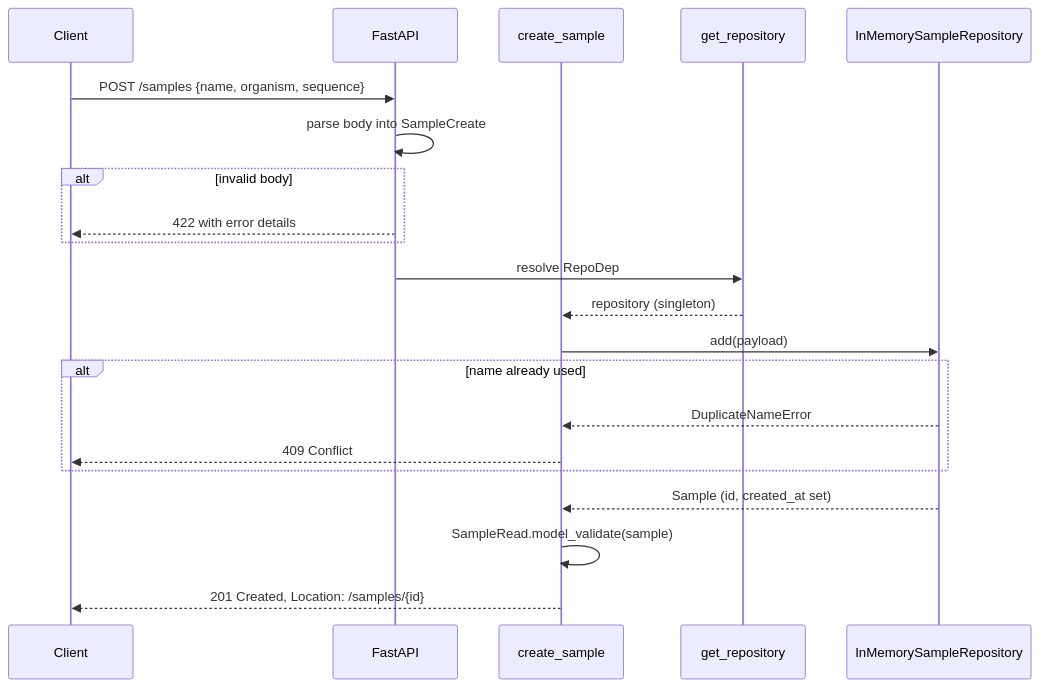
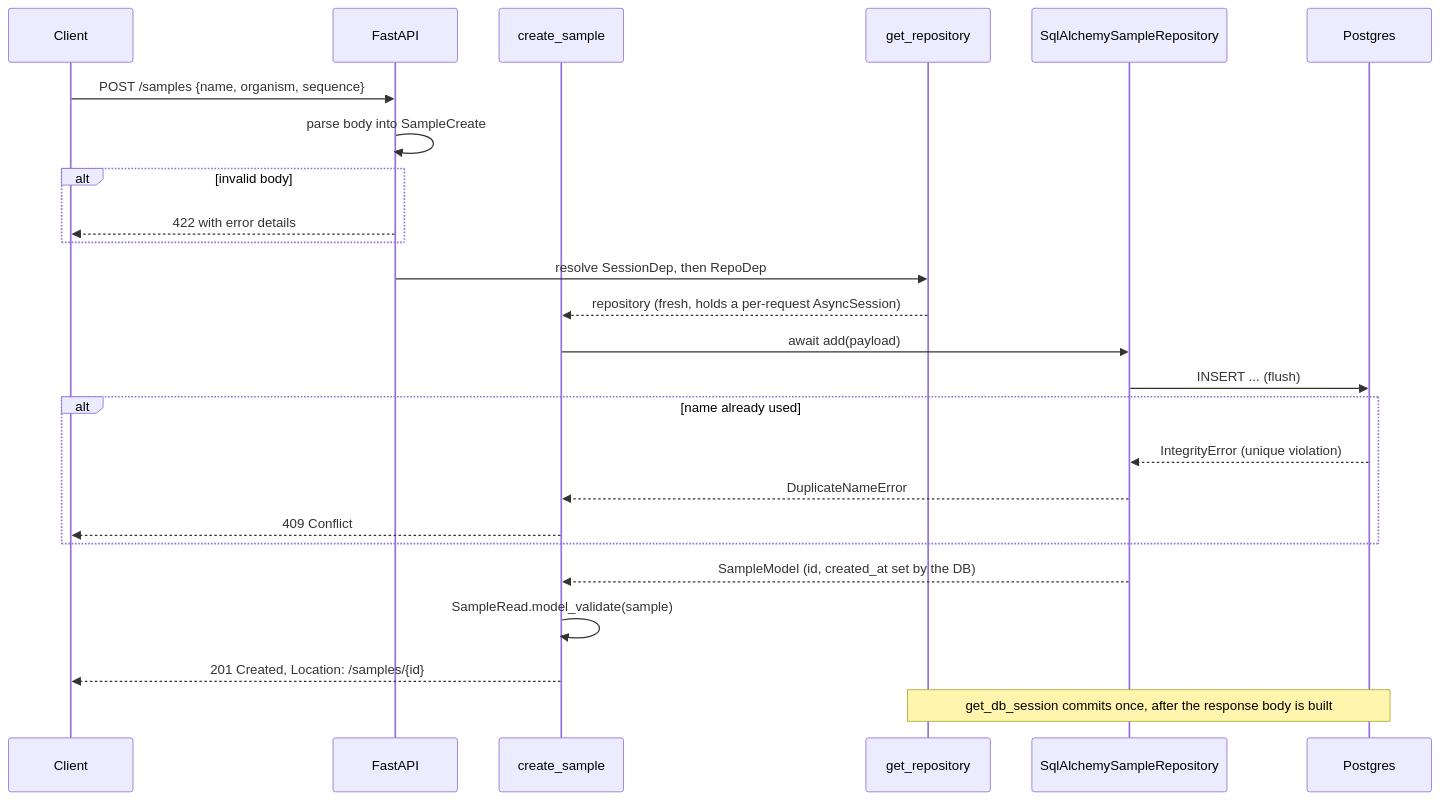
The second of 3 diagrams in ARCHITECTURE.md (SVZhuk/SciInf_training), drawn with Mermaid before and after one commit. The commit also changed other lines of this file and 24 other files, not shown here.

````diff
--- a/ARCHITECTURE.md
+++ b/ARCHITECTURE.md
@@ -60,23 +68,27 @@
 ```mermaid
 sequenceDiagram
     participant Client
     participant FastAPI
     participant Router as create_sample
     participant DI as get_repository
-    participant Repo as InMemorySampleRepository
+    participant Repo as SqlAlchemySampleRepository
+    participant DB as Postgres
     Client->>FastAPI: POST /samples {name, organism, sequence}
     FastAPI->>FastAPI: parse body into SampleCreate
     alt invalid body
         FastAPI-->>Client: 422 with error details
     end
-    FastAPI->>DI: resolve RepoDep
-    DI-->>Router: repository (singleton)
-    Router->>Repo: add(payload)
+    FastAPI->>DI: resolve SessionDep, then RepoDep
+    DI-->>Router: repository (fresh, holds a per-request AsyncSession)
+    Router->>Repo: await add(payload)
+    Repo->>DB: INSERT ... (flush)
     alt name already used
+        DB-->>Repo: IntegrityError (unique violation)
         Repo-->>Router: DuplicateNameError
         Router-->>Client: 409 Conflict
     end
-    Repo-->>Router: Sample (id, created_at set)
+    Repo-->>Router: SampleModel (id, created_at set by the DB)
     Router->>Router: SampleRead.model_validate(sample)
     Router-->>Client: 201 Created, Location: /samples/{id}
+    Note over DI,DB: get_db_session commits once, after the response body is built
 ```
````
